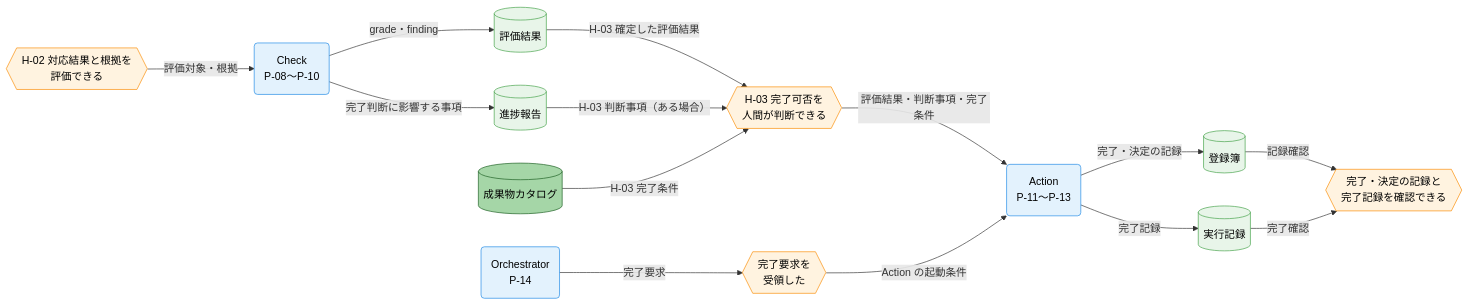
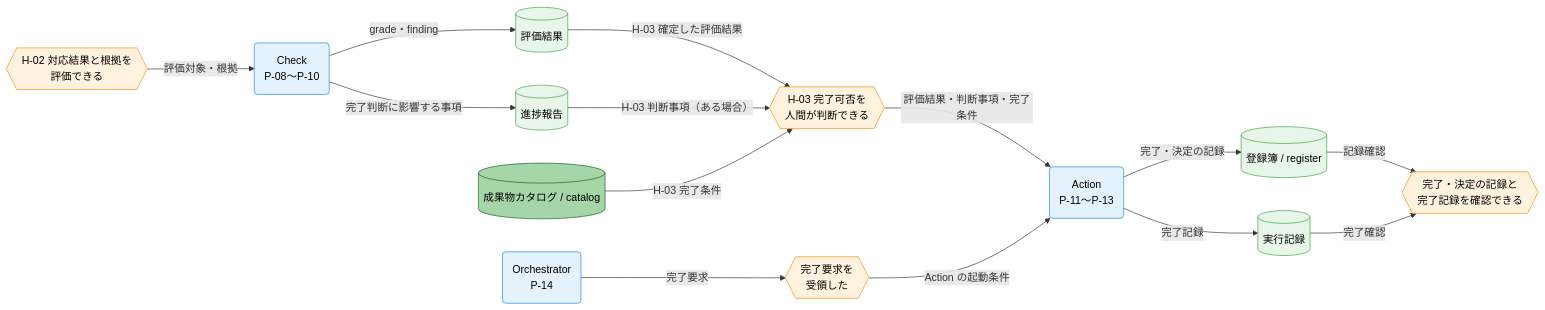
The second of 2 diagrams in docs/ja/product/010-business-specs/010-data-flow/cdfd-uc-register.md (specdojo/specdojo), drawn with Mermaid before and after one commit. The commit also changed other lines of this file and 14 other files, not shown here.

````diff
--- a/docs/ja/product/010-business-specs/010-data-flow/cdfd-uc-register.md
+++ b/docs/ja/product/010-business-specs/010-data-flow/cdfd-uc-register.md
@@ -159,39 +159,39 @@
 ```mermaid
 flowchart LR
   classDef process fill:#e3f2fd,stroke:#1e88e5,color:#000
   classDef event fill:#fff3e0,stroke:#fb8c00,color:#000
   classDef storeMaster fill:#a5d6a7,stroke:#1b5e20,color:#000
   classDef storeTransaction fill:#e8f5e9,stroke:#43a047,color:#000
 
   H02{{"H-02 対応結果と根拠を<br>評価できる"}}
   Check("Check<br>P-08〜P-10")
   H03{{"H-03 完了可否を<br>人間が判断できる"}}
   Orchestrator("Orchestrator<br>P-14")
   CompletionRequest{{"完了要求を<br>受領した"}}
   Action("Action<br>P-11〜P-13")
   Finish{{"完了・決定の記録と<br>完了記録を確認できる"}}
-  Catalog[("成果物カタログ")]
-  Register[("登録簿")]
+  Catalog[("成果物カタログ / catalog")]
+  Register[("登録簿 / register")]
   ExecLog[("実行記録")]
   Evaluation[("評価結果")]
   Progress[("進捗報告")]
 
   H02 -->|"評価対象・根拠"| Check
   Check -->|"grade・finding"| Evaluation
   Check -->|"完了判断に影響する事項"| Progress
   Evaluation -->|"H-03 確定した評価結果"| H03
   Progress -->|"H-03 判断事項（ある場合）"| H03
   Catalog -->|"H-03 完了条件"| H03
   H03 -->|"評価結果・判断事項・完了条件"| Action
   Orchestrator -->|"完了要求"| CompletionRequest
   CompletionRequest -->|"Action の起動条件"| Action
   Action -->|"完了・決定の記録"| Register
   Action -->|"完了記録"| ExecLog
   Register -->|"記録確認"| Finish
   ExecLog -->|"完了確認"| Finish
 
   class Check,Orchestrator,Action process
   class H02,H03,CompletionRequest,Finish event
   class Catalog storeMaster
   class Register,ExecLog,Evaluation,Progress storeTransaction
 ```
````
